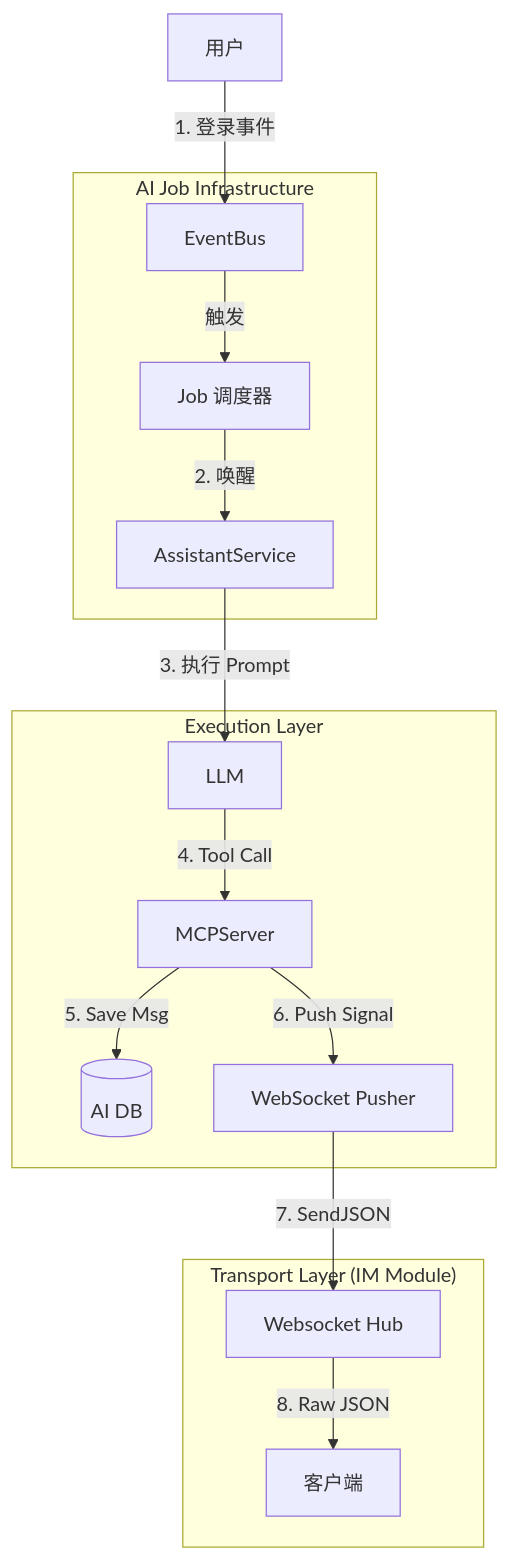
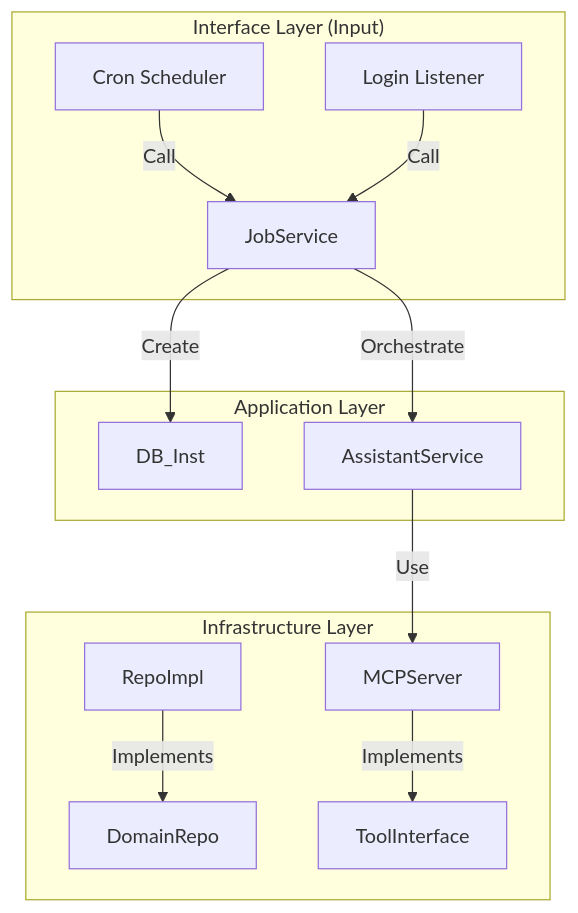
One commit to Aurorakid0x/OmniLink changed the diagram in internal/modules/ai/docs/ai_job_system_design.md. Above: the diagram before and after it, drawn with Mermaid. The commit also changed other lines of this file, not shown here.

````diff
--- a/internal/modules/ai/docs/ai_job_system_design.md
+++ b/internal/modules/ai/docs/ai_job_system_design.md
@@ -20,21 +32,19 @@
 ```mermaid
 graph TD
-    User[用户] -->|1. 登录事件| EventBus
-    
-    subgraph "AI Job Infrastructure"
-        EventBus -->|触发| JobDispatcher[Job 调度器]
-        JobDispatcher -->|2. 唤醒| AssistantService
+    subgraph "Interface Layer (Input)"
+        Cron[Cron Scheduler] -->|Call| JobService
+        Login[Login Listener] -->|Call| JobService
+    end
+
+    subgraph "Application Layer"
+        JobService -->|Create| DB_Inst
+        JobService -->|Orchestrate| AssistantService
+    end
+
+    subgraph "Infrastructure Layer"
+        RepoImpl -->|Implements| DomainRepo
+        MCPServer -->|Implements| ToolInterface
     end
     
-    subgraph "Execution Layer"
-        AssistantService -->|3. 执行 Prompt| LLM
-        LLM -->|4. Tool Call| MCPServer
-        MCPServer -->|5. Save Msg| AIDatabase[(AI DB)]
-        MCPServer -->|6. Push Signal| WSPusher[WebSocket Pusher]
-    end
-    
-    subgraph "Transport Layer (IM Module)"
-        WSPusher -->|7. SendJSON| WSHub[Websocket Hub]
-        WSHub -->|8. Raw JSON| UserDevice[客户端]
-    end
+    AssistantService -->|Use| MCPServer
 ```
````
